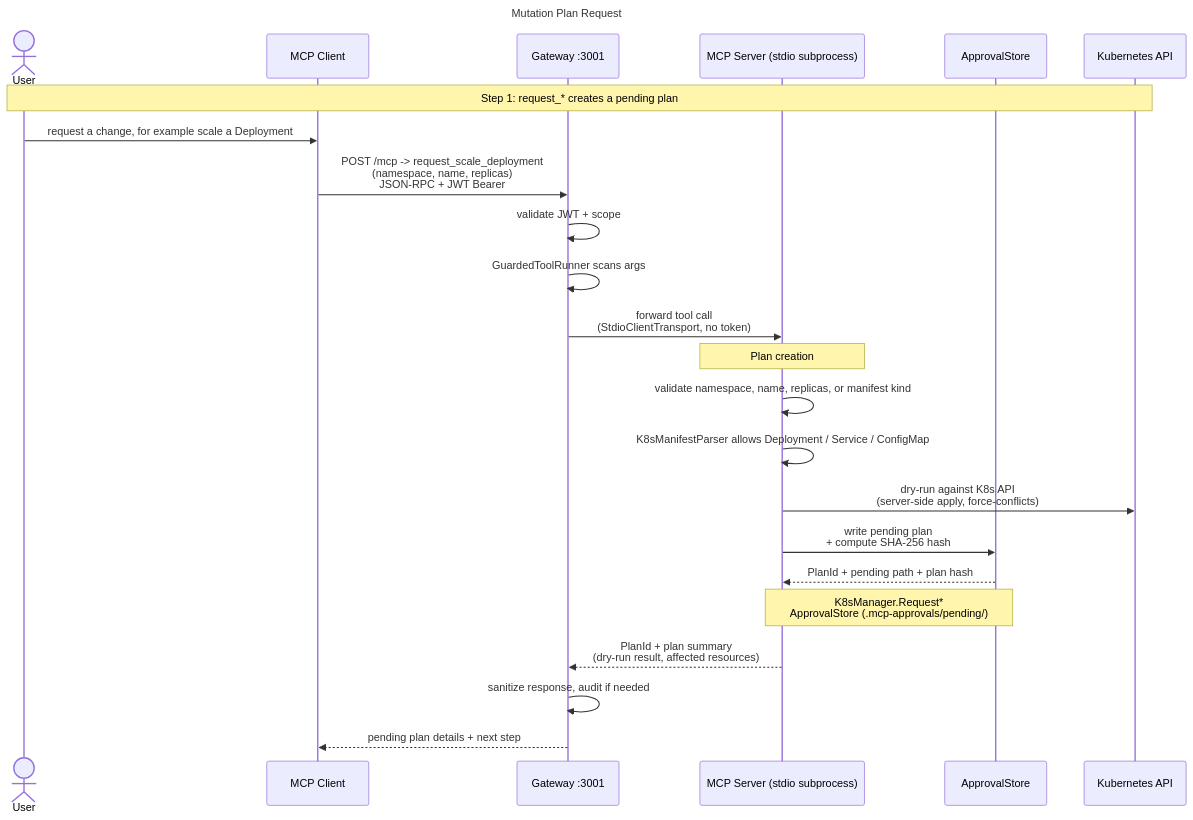
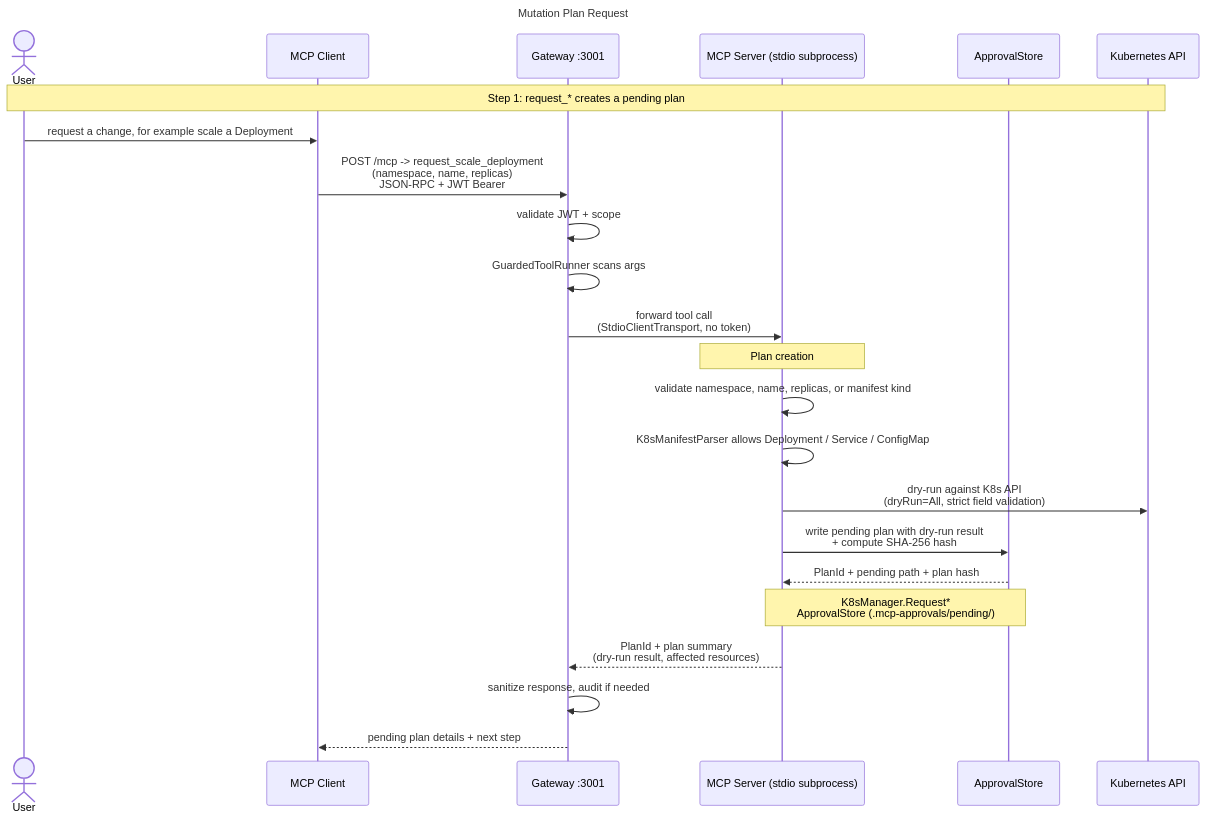
One commit to mirusser/Kubernetes-MCP-Guard changed the fourth of 7 diagrams in docs/architecture.md. Above: the diagram before and after it, drawn with Mermaid. The commit also changed other lines of this file and 28 other files, not shown here.

Commit message:
feat: server side dry run before approval

````diff
--- a/docs/architecture.md
+++ b/docs/architecture.md
@@ -172,33 +172,33 @@
 ```mermaid
 ---
 title: Mutation Plan Request
 ---
 sequenceDiagram
     actor User
     participant Client as MCP Client
     participant GW as Gateway :3001
     participant Svr as MCP Server (stdio subprocess)
     participant Store as ApprovalStore
     participant K8s as Kubernetes API
 
     Note over User,K8s: Step 1: request_* creates a pending plan
 
     User->>Client: request a change, for example scale a Deployment
     Client->>GW: POST /mcp -> request_scale_deployment<br/>(namespace, name, replicas)<br/>JSON-RPC + JWT Bearer
 
     GW->>GW: validate JWT + scope
     GW->>GW: GuardedToolRunner scans args
     GW->>Svr: forward tool call<br/>(StdioClientTransport, no token)
 
     Note over Svr: Plan creation
     Svr->>Svr: validate namespace, name, replicas, or manifest kind
     Svr->>Svr: K8sManifestParser allows Deployment / Service / ConfigMap
-    Svr->>K8s: dry-run against K8s API<br/>(server-side apply, force-conflicts)
-    Svr->>Store: write pending plan<br/>+ compute SHA-256 hash
+    Svr->>K8s: dry-run against K8s API<br/>(dryRun=All, strict field validation)
+    Svr->>Store: write pending plan with dry-run result<br/>+ compute SHA-256 hash
     Store-->>Svr: PlanId + pending path + plan hash
     Note over Svr,Store: K8sManager.Request*<br/>ApprovalStore (.mcp-approvals/pending/)
     Svr-->>GW: PlanId + plan summary<br/>(dry-run result, affected resources)
 
     GW->>GW: sanitize response, audit if needed
     GW-->>Client: pending plan details + next step
 ```
````
